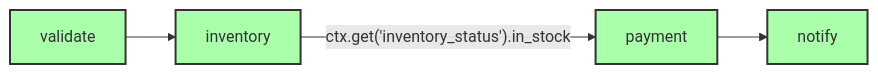
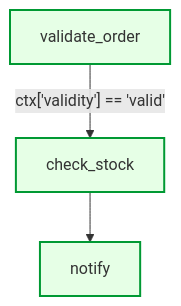
Before and after one commit to quantalogic/quantalogic: the sixth of 6 diagrams in quantalogic/flow/flow_yaml.md, drawn with Mermaid. The commit also changed other lines of this file, not shown here.

````diff
--- a/quantalogic/flow/flow_yaml.md
+++ b/quantalogic/flow/flow_yaml.md
@@ -406,10 +494,8 @@
 ```mermaid
-graph LR
-    A[validate] --> B[inventory];
-    B -- "ctx.get('inventory_status').in_stock" --> C[payment];
-    C --> D[notify];
-    style A fill:#afa,stroke:#333,stroke-width:2px
-    style B fill:#afa,stroke:#333,stroke-width:2px
-    style C fill:#afa,stroke:#333,stroke-width:2px
-    style D fill:#afa,stroke:#333,stroke-width:2px
+graph TD
+    A["validate_order"] -->|"ctx['validity'] == 'valid'"| B["check_stock"]
+    B --> C["notify"]
+    style A fill:#e6ffe6,stroke:#009933,stroke-width:2px
+    style B fill:#e6ffe6,stroke:#009933,stroke-width:2px
+    style C fill:#e6ffe6,stroke:#009933,stroke-width:2px
 ```
````
